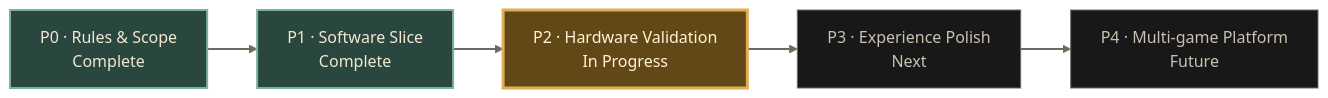
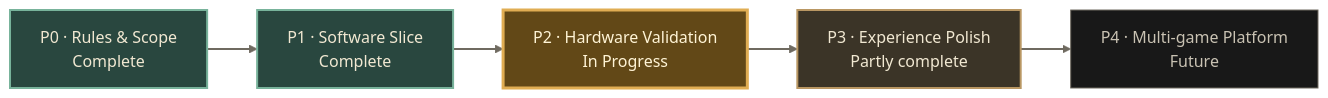
The diagram in README.en.md (HwzLoveDz/folo-ai-passport-werewolf), drawn with Mermaid (forest theme) before and after one commit. The commit also changed other lines of this file and 13 other files, not shown here.

````diff
--- a/README.en.md
+++ b/README.en.md
@@ -21,15 +25,17 @@
 ```mermaid
 flowchart LR
     P0["P0 · Rules & Scope<br/>Complete"] --> P1["P1 · Software Slice<br/>Complete"]
     P1 --> P2["P2 · Hardware Validation<br/>In Progress"]
-    P2 --> P3["P3 · Experience Polish<br/>Next"]
+    P2 --> P3["P3 · Experience Polish<br/>Partly complete"]
     P3 --> P4["P4 · Multi-game Platform<br/>Future"]
 
     classDef done fill:#29473F,stroke:#78B39B,color:#F1E8D2,stroke-width:2px;
     classDef active fill:#624817,stroke:#E0AD53,color:#FFF4D6,stroke-width:3px;
+    classDef partial fill:#3B3427,stroke:#B99763,color:#F1E8D2,stroke-width:2px;
     classDef future fill:#181818,stroke:#6F6A60,color:#C9C2B3,stroke-width:1px;
     class P0,P1 done;
     class P2 active;
-    class P3,P4 future;
+    class P3 partial;
+    class P4 future;
     linkStyle default stroke:#6F6A60,stroke-width:2px;
 ```
````
